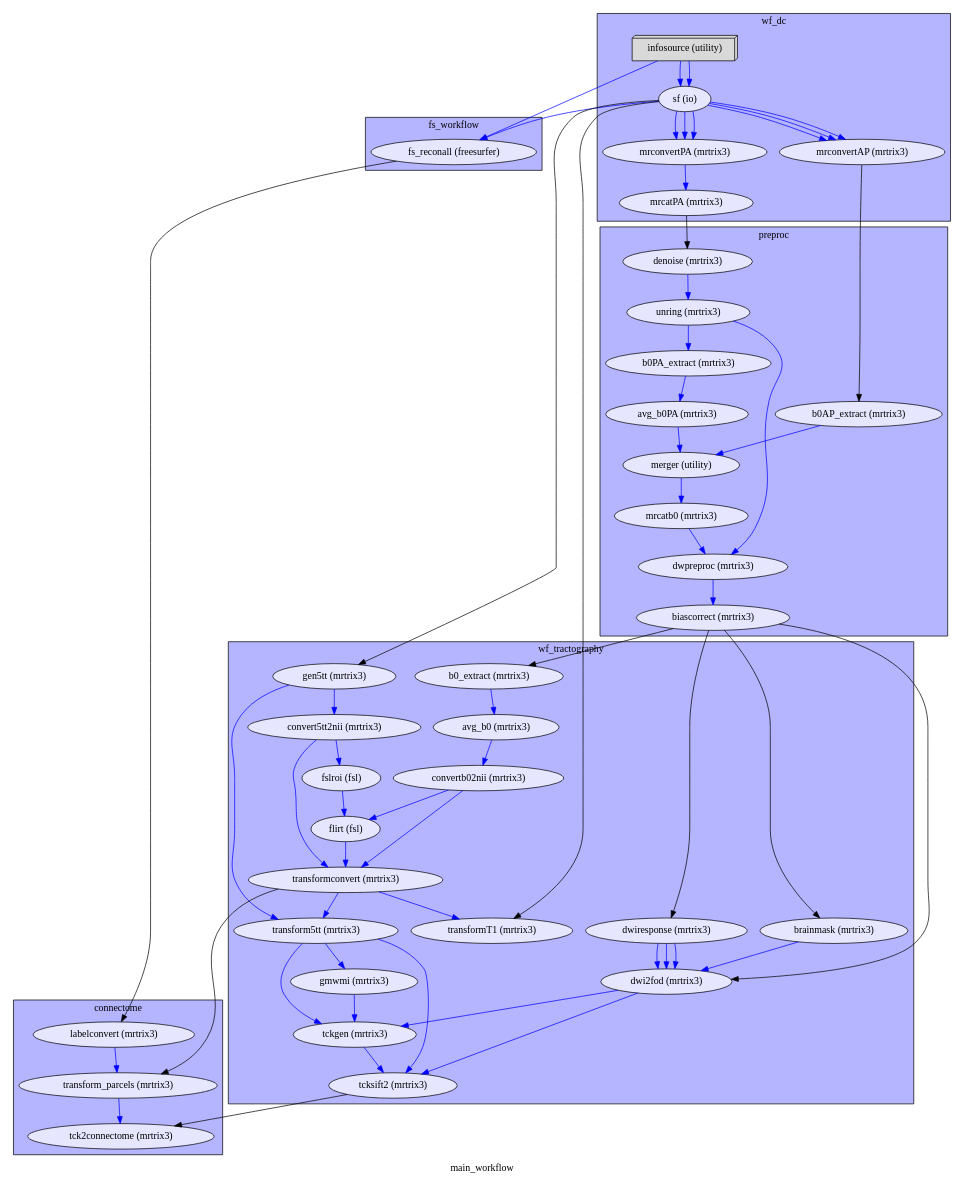
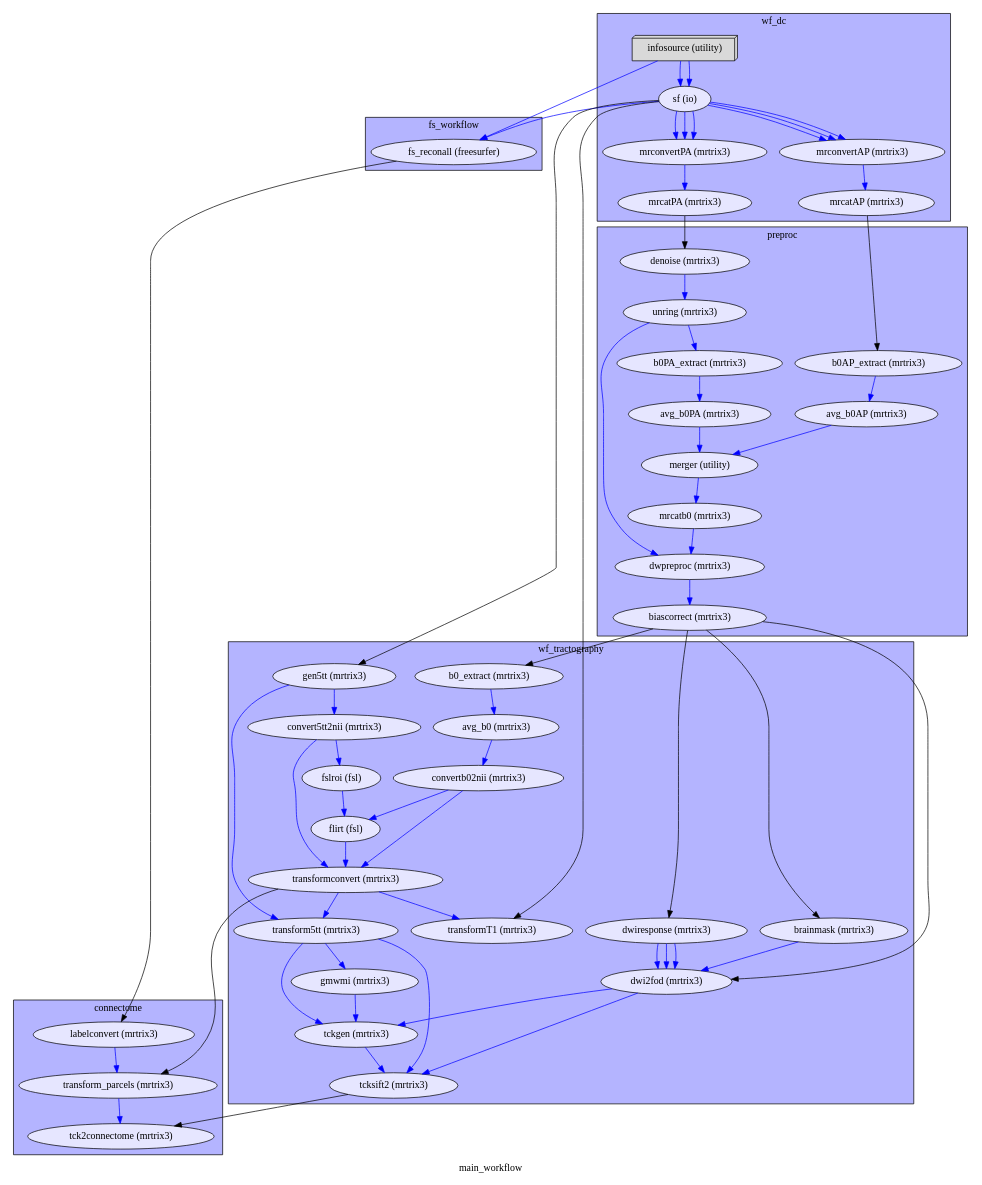
Before and after one commit to FRramon/pytracto: the diagram in mult_11_12.dot, drawn with Graphviz. The commit also changed 19 other files, not shown here.

```diff
--- a/mult_11_12.dot
+++ b/mult_11_12.dot
@@ -1,125 +1,129 @@
 digraph main_workflow{
   label="main_workflow";
   subgraph cluster_main_workflow_wf_dc {
       edge [color="#0000FF"];
       style=filled;
       fillcolor="#B4B4FF";
       label="wf_dc";
     main_workflow_wf_dc_infosource[label="infosource (utility)", shape=box3d,style=filled, color=black, colorscheme=greys7 fillcolor=2];
     main_workflow_wf_dc_sf[label="sf (io)", style=filled, fillcolor="#E6E6FF"];
     main_workflow_wf_dc_mrconvertPA[label="mrconvertPA (mrtrix3)", style=filled, fillcolor="#E6E6FF"];
     main_workflow_wf_dc_mrconvertAP[label="mrconvertAP (mrtrix3)", style=filled, fillcolor="#E6E6FF"];
     main_workflow_wf_dc_mrcatPA[label="mrcatPA (mrtrix3)", style=filled, fillcolor="#E6E6FF"];
+    main_workflow_wf_dc_mrcatAP[label="mrcatAP (mrtrix3)", style=filled, fillcolor="#E6E6FF"];
     main_workflow_wf_dc_infosource -> main_workflow_wf_dc_sf;
     main_workflow_wf_dc_infosource -> main_workflow_wf_dc_sf;
     main_workflow_wf_dc_sf -> main_workflow_wf_dc_mrconvertPA;
     main_workflow_wf_dc_sf -> main_workflow_wf_dc_mrconvertPA;
     main_workflow_wf_dc_sf -> main_workflow_wf_dc_mrconvertPA;
     main_workflow_wf_dc_sf -> main_workflow_wf_dc_mrconvertAP;
     main_workflow_wf_dc_sf -> main_workflow_wf_dc_mrconvertAP;
     main_workflow_wf_dc_sf -> main_workflow_wf_dc_mrconvertAP;
     main_workflow_wf_dc_mrconvertPA -> main_workflow_wf_dc_mrcatPA;
+    main_workflow_wf_dc_mrconvertAP -> main_workflow_wf_dc_mrcatAP;
   }
   subgraph cluster_main_workflow_fs_workflow {
       edge [color="#0000FF"];
       style=filled;
       fillcolor="#B4B4FF";
       label="fs_workflow";
     main_workflow_wf_dc_infosource[label="infosource (utility)", shape=box3d,style=filled, color=black, colorscheme=greys7 fillcolor=2];
     main_workflow_wf_dc_sf[label="sf (io)", style=filled, fillcolor="#E6E6FF"];
     main_workflow_fs_workflow_fs_reconall[label="fs_reconall (freesurfer)", style=filled, fillcolor="#E6E6FF"];
     main_workflow_wf_dc_infosource -> main_workflow_fs_workflow_fs_reconall;
     main_workflow_wf_dc_sf -> main_workflow_fs_workflow_fs_reconall;
   }
   subgraph cluster_main_workflow_preproc {
       edge [color="#0000FF"];
       style=filled;
       fillcolor="#B4B4FF";
       label="preproc";
     main_workflow_preproc_denoise[label="denoise (mrtrix3)", style=filled, fillcolor="#E6E6FF"];
     main_workflow_preproc_b0AP_extract[label="b0AP_extract (mrtrix3)", style=filled, fillcolor="#E6E6FF"];
     main_workflow_preproc_unring[label="unring (mrtrix3)", style=filled, fillcolor="#E6E6FF"];
+    main_workflow_preproc_avg_b0AP[label="avg_b0AP (mrtrix3)", style=filled, fillcolor="#E6E6FF"];
     main_workflow_preproc_b0PA_extract[label="b0PA_extract (mrtrix3)", style=filled, fillcolor="#E6E6FF"];
     main_workflow_preproc_avg_b0PA[label="avg_b0PA (mrtrix3)", style=filled, fillcolor="#E6E6FF"];
     main_workflow_preproc_merger[label="merger (utility)", style=filled, fillcolor="#E6E6FF"];
     main_workflow_preproc_mrcatb0[label="mrcatb0 (mrtrix3)", style=filled, fillcolor="#E6E6FF"];
     main_workflow_preproc_dwpreproc[label="dwpreproc (mrtrix3)", style=filled, fillcolor="#E6E6FF"];
     main_workflow_preproc_biascorrect[label="biascorrect (mrtrix3)", style=filled, fillcolor="#E6E6FF"];
     main_workflow_preproc_denoise -> main_workflow_preproc_unring;
-    main_workflow_preproc_b0AP_extract -> main_workflow_preproc_merger;
+    main_workflow_preproc_b0AP_extract -> main_workflow_preproc_avg_b0AP;
     main_workflow_preproc_unring -> main_workflow_preproc_b0PA_extract;
     main_workflow_preproc_unring -> main_workflow_preproc_dwpreproc;
+    main_workflow_preproc_avg_b0AP -> main_workflow_preproc_merger;
     main_workflow_preproc_b0PA_extract -> main_workflow_preproc_avg_b0PA;
     main_workflow_preproc_avg_b0PA -> main_workflow_preproc_merger;
     main_workflow_preproc_merger -> main_workflow_preproc_mrcatb0;
     main_workflow_preproc_mrcatb0 -> main_workflow_preproc_dwpreproc;
     main_workflow_preproc_dwpreproc -> main_workflow_preproc_biascorrect;
   }
   subgraph cluster_main_workflow_wf_tractography {
       edge [color="#0000FF"];
       style=filled;
       fillcolor="#B4B4FF";
       label="wf_tractography";
     main_workflow_wf_tractography_b0_extract[label="b0_extract (mrtrix3)", style=filled, fillcolor="#E6E6FF"];
     main_workflow_wf_tractography_gen5tt[label="gen5tt (mrtrix3)", style=filled, fillcolor="#E6E6FF"];
     main_workflow_wf_tractography_dwiresponse[label="dwiresponse (mrtrix3)", style=filled, fillcolor="#E6E6FF"];
     main_workflow_wf_tractography_brainmask[label="brainmask (mrtrix3)", style=filled, fillcolor="#E6E6FF"];
     main_workflow_wf_tractography_avg_b0[label="avg_b0 (mrtrix3)", style=filled, fillcolor="#E6E6FF"];
     main_workflow_wf_tractography_convert5tt2nii[label="convert5tt2nii (mrtrix3)", style=filled, fillcolor="#E6E6FF"];
     main_workflow_wf_tractography_dwi2fod[label="dwi2fod (mrtrix3)", style=filled, fillcolor="#E6E6FF"];
     main_workflow_wf_tractography_convertb02nii[label="convertb02nii (mrtrix3)", style=filled, fillcolor="#E6E6FF"];
     main_workflow_wf_tractography_fslroi[label="fslroi (fsl)", style=filled, fillcolor="#E6E6FF"];
     main_workflow_wf_tractography_flirt[label="flirt (fsl)", style=filled, fillcolor="#E6E6FF"];
     main_workflow_wf_tractography_transformconvert[label="transformconvert (mrtrix3)", style=filled, fillcolor="#E6E6FF"];
     main_workflow_wf_tractography_transform5tt[label="transform5tt (mrtrix3)", style=filled, fillcolor="#E6E6FF"];
     main_workflow_wf_tractography_transformT1[label="transformT1 (mrtrix3)", style=filled, fillcolor="#E6E6FF"];
     main_workflow_wf_tractography_gmwmi[label="gmwmi (mrtrix3)", style=filled, fillcolor="#E6E6FF"];
     main_workflow_wf_tractography_tckgen[label="tckgen (mrtrix3)", style=filled, fillcolor="#E6E6FF"];
     main_workflow_wf_tractography_tcksift2[label="tcksift2 (mrtrix3)", style=filled, fillcolor="#E6E6FF"];
     main_workflow_wf_tractography_b0_extract -> main_workflow_wf_tractography_avg_b0;
     main_workflow_wf_tractography_gen5tt -> main_workflow_wf_tractography_convert5tt2nii;
     main_workflow_wf_tractography_gen5tt -> main_workflow_wf_tractography_transform5tt;
     main_workflow_wf_tractography_dwiresponse -> main_workflow_wf_tractography_dwi2fod;
     main_workflow_wf_tractography_dwiresponse -> main_workflow_wf_tractography_dwi2fod;
     main_workflow_wf_tractography_dwiresponse -> main_workflow_wf_tractography_dwi2fod;
     main_workflow_wf_tractography_brainmask -> main_workflow_wf_tractography_dwi2fod;
     main_workflow_wf_tractography_avg_b0 -> main_workflow_wf_tractography_convertb02nii;
     main_workflow_wf_tractography_convert5tt2nii -> main_workflow_wf_tractography_fslroi;
     main_workflow_wf_tractography_convert5tt2nii -> main_workflow_wf_tractography_transformconvert;
     main_workflow_wf_tractography_dwi2fod -> main_workflow_wf_tractography_tckgen;
     main_workflow_wf_tractography_dwi2fod -> main_workflow_wf_tractography_tcksift2;
     main_workflow_wf_tractography_convertb02nii -> main_workflow_wf_tractography_flirt;
     main_workflow_wf_tractography_convertb02nii -> main_workflow_wf_tractography_transformconvert;
     main_workflow_wf_tractography_fslroi -> main_workflow_wf_tractography_flirt;
     main_workflow_wf_tractography_flirt -> main_workflow_wf_tractography_transformconvert;
     main_workflow_wf_tractography_transformconvert -> main_workflow_wf_tractography_transform5tt;
     main_workflow_wf_tractography_transformconvert -> main_workflow_wf_tractography_transformT1;
     main_workflow_wf_tractography_transform5tt -> main_workflow_wf_tractography_gmwmi;
     main_workflow_wf_tractography_transform5tt -> main_workflow_wf_tractography_tckgen;
     main_workflow_wf_tractography_transform5tt -> main_workflow_wf_tractography_tcksift2;
     main_workflow_wf_tractography_gmwmi -> main_workflow_wf_tractography_tckgen;
     main_workflow_wf_tractography_tckgen -> main_workflow_wf_tractography_tcksift2;
   }
   subgraph cluster_main_workflow_connectome {
       edge [color="#0000FF"];
       style=filled;
       fillcolor="#B4B4FF";
       label="connectome";
     main_workflow_connectome_labelconvert[label="labelconvert (mrtrix3)", style=filled, fillcolor="#E6E6FF"];
     main_workflow_connectome_transform_parcels[label="transform_parcels (mrtrix3)", style=filled, fillcolor="#E6E6FF"];
     main_workflow_connectome_tck2connectome[label="tck2connectome (mrtrix3)", style=filled, fillcolor="#E6E6FF"];
     main_workflow_connectome_labelconvert -> main_workflow_connectome_transform_parcels;
     main_workflow_connectome_transform_parcels -> main_workflow_connectome_tck2connectome;
   }
   main_workflow_wf_dc_mrcatPA -> main_workflow_preproc_denoise;
-  main_workflow_wf_dc_mrconvertAP -> main_workflow_preproc_b0AP_extract;
+  main_workflow_wf_dc_mrcatAP -> main_workflow_preproc_b0AP_extract;
   main_workflow_wf_dc_sf -> main_workflow_wf_tractography_gen5tt;
   main_workflow_wf_dc_sf -> main_workflow_wf_tractography_transformT1;
   main_workflow_preproc_biascorrect -> main_workflow_wf_tractography_brainmask;
   main_workflow_preproc_biascorrect -> main_workflow_wf_tractography_b0_extract;
   main_workflow_preproc_biascorrect -> main_workflow_wf_tractography_dwiresponse;
   main_workflow_preproc_biascorrect -> main_workflow_wf_tractography_dwi2fod;
   main_workflow_wf_tractography_transformconvert -> main_workflow_connectome_transform_parcels;
   main_workflow_wf_tractography_tcksift2 -> main_workflow_connectome_tck2connectome;
   main_workflow_fs_workflow_fs_reconall -> main_workflow_connectome_labelconvert;
 }
```
